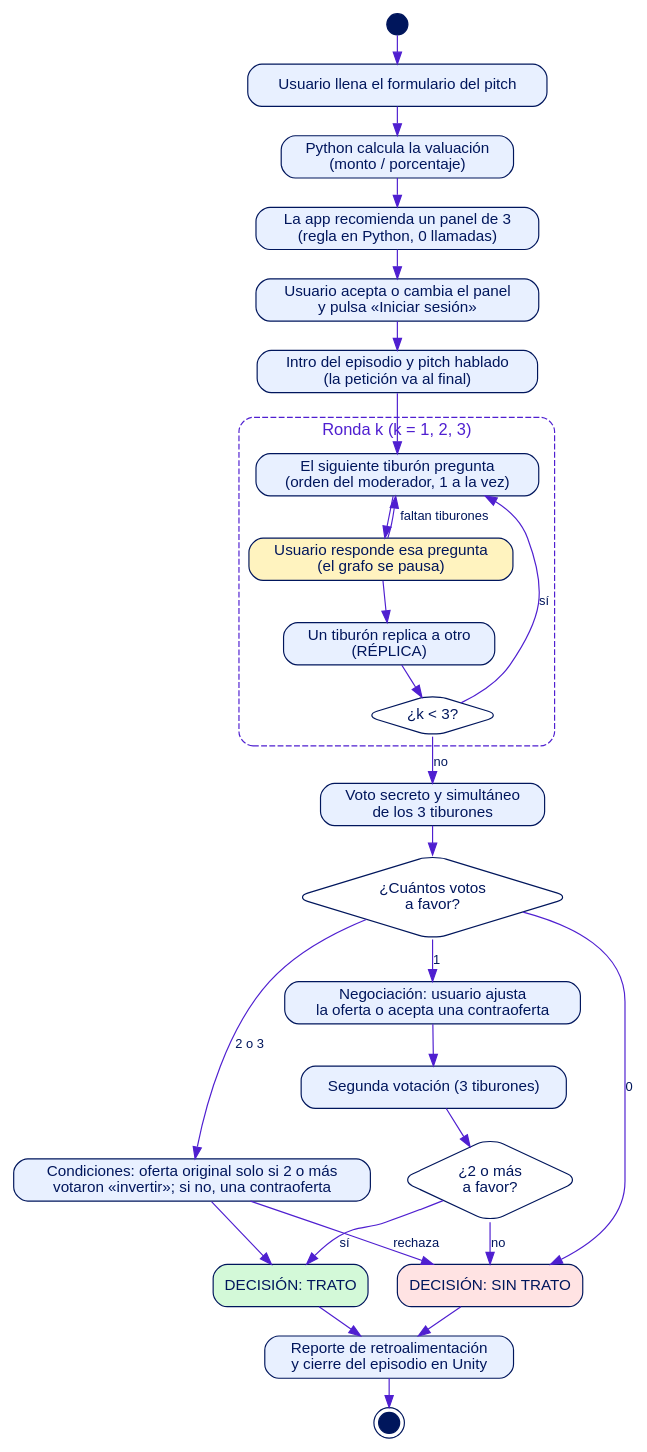
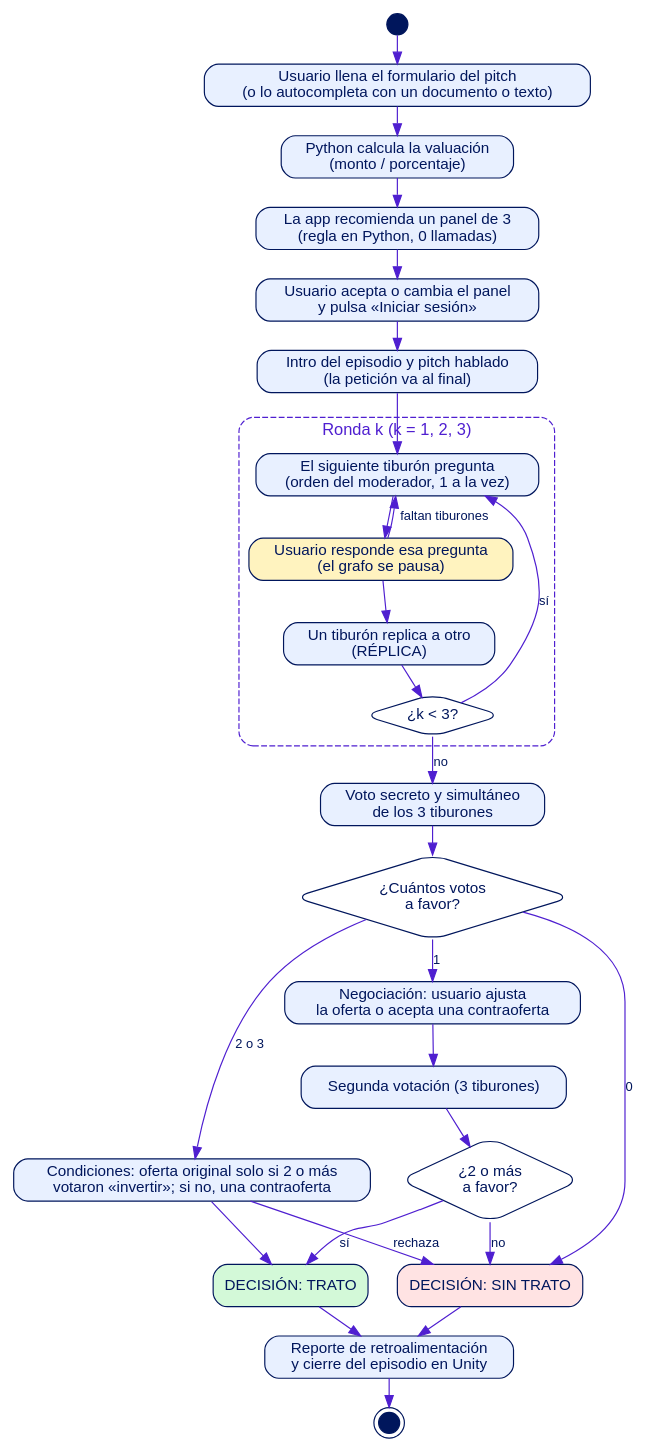
The diagram in docs/figuras/f01_actividades.dot (albertolopezb/NeuralHub), drawn with Graphviz before and after one commit. The commit also changed 39 other files, not shown here.

Commit message:
Corrige el audio cortado al responder, avisa mientras prepara la voz y alinea documento y diagramas con el sistema final

```diff
--- a/docs/figuras/f01_actividades.dot
+++ b/docs/figuras/f01_actividades.dot
@@ -1,27 +1,28 @@
 digraph G{ bgcolor=white; fontname="Helvetica"; node[fontname="Helvetica",fontsize=13,color="#00165C",fontcolor="#00165C",style="rounded,filled",fillcolor="#E8F0FF",shape=box]; edge[fontname="Helvetica",fontsize=11,color="#4F1FD0",fontcolor="#00165C"]; rankdir=TB; nodesep=.35; ranksep=.32;
 ini[shape=circle,label="",width=.25,fillcolor="#00165C"]; fin[shape=doublecircle,label="",width=.25,fillcolor="#00165C"];
-a1[label="Usuario llena el formulario del pitch"]; a2[label="Python calcula la valuación
+a1[label="Usuario llena el formulario del pitch
+(o lo autocompleta con un documento o texto)"]; a2[label="Python calcula la valuación
 (monto / porcentaje)"];
 a3[label="La app recomienda un panel de 3
 (regla en Python, 0 llamadas)"]; a4[label="Usuario acepta o cambia el panel
 y pulsa «Iniciar sesión»"];
 a5[label="Intro del episodio y pitch hablado
 (la petición va al final)"];
 subgraph cluster_r{label="Ronda k (k = 1, 2, 3)";fontname="Helvetica";fontcolor="#4F1FD0";color="#4F1FD0";style="rounded,dashed";
  r1[label="El siguiente tiburón pregunta
 (orden del moderador, 1 a la vez)"]; r2[label="Usuario responde esa pregunta
 (el grafo se pausa)",fillcolor="#FFF3BF"];
  r3[label="Un tiburón replica a otro
 (RÉPLICA)"]; r4[shape=diamond,label="¿k < 3?",fillcolor="white"]; r1->r2; r2->r1[label="faltan tiburones",constraint=false]; r2->r3->r4;}
 v[label="Voto secreto y simultáneo
 de los 3 tiburones"]; d[shape=diamond,label="¿Cuántos votos
 a favor?",fillcolor="white"];
 c1[label="Condiciones: oferta original solo si 2 o más
 votaron «invertir»; si no, una contraoferta"]; n1[label="Negociación: usuario ajusta
 la oferta o acepta una contraoferta"]; n2[label="Segunda votación (3 tiburones)"];
 d2[shape=diamond,label="¿2 o más
 a favor?",fillcolor="white"];
 t[label="DECISIÓN: TRATO",fillcolor="#D3F9D8"]; s[label="DECISIÓN: SIN TRATO",fillcolor="#FFE3E3"]; rep[label="Reporte de retroalimentación
 y cierre del episodio en Unity"];
 ini->a1->a2->a3->a4->a5->r1; r4->r1[label="sí"]; r4->v[label="no"]; v->d;
 d->c1[label="2 o 3"]; d->n1[label="1"]; d->s[label="0"]; c1->t; c1->s[label="rechaza"]; n1->n2->d2; d2->t[label="sí"]; d2->s[label="no"]; t->rep; s->rep; rep->fin;}
```
